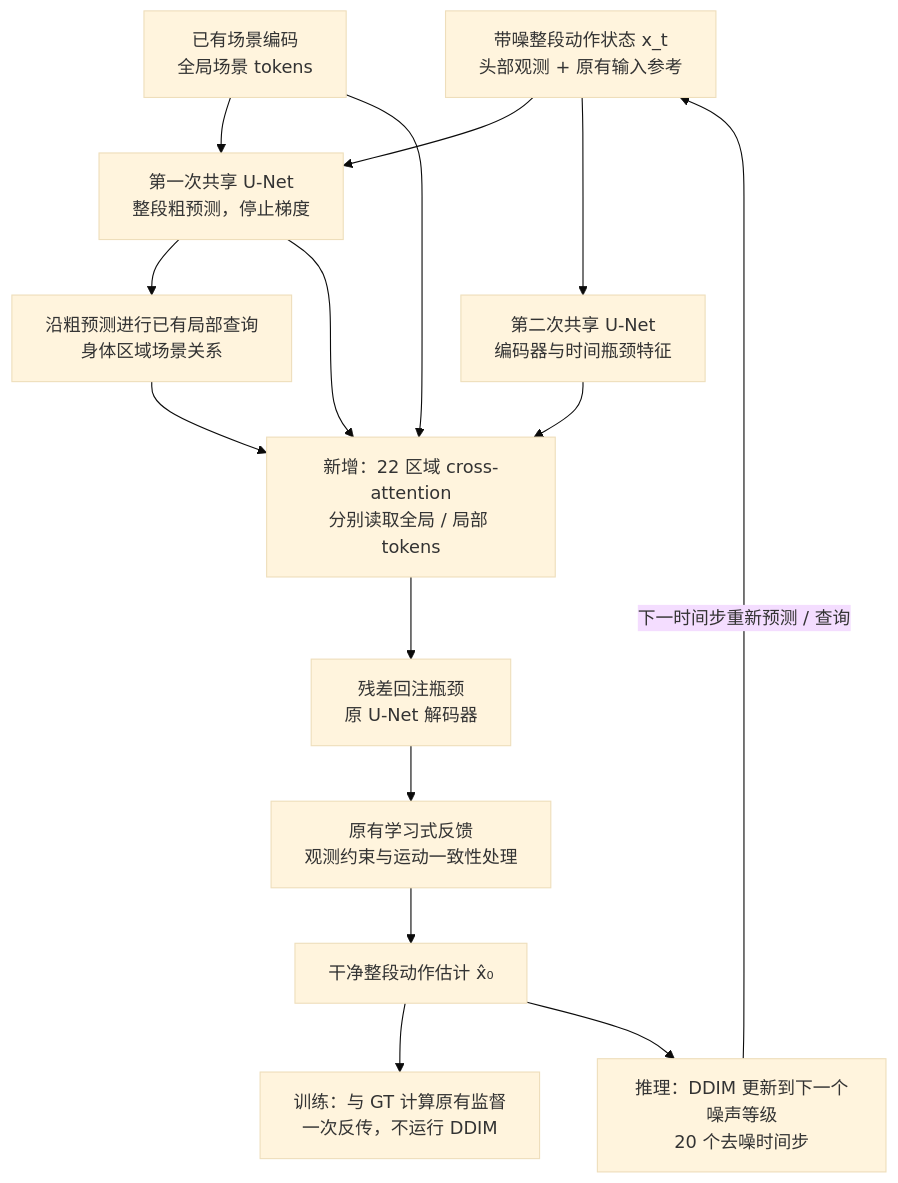
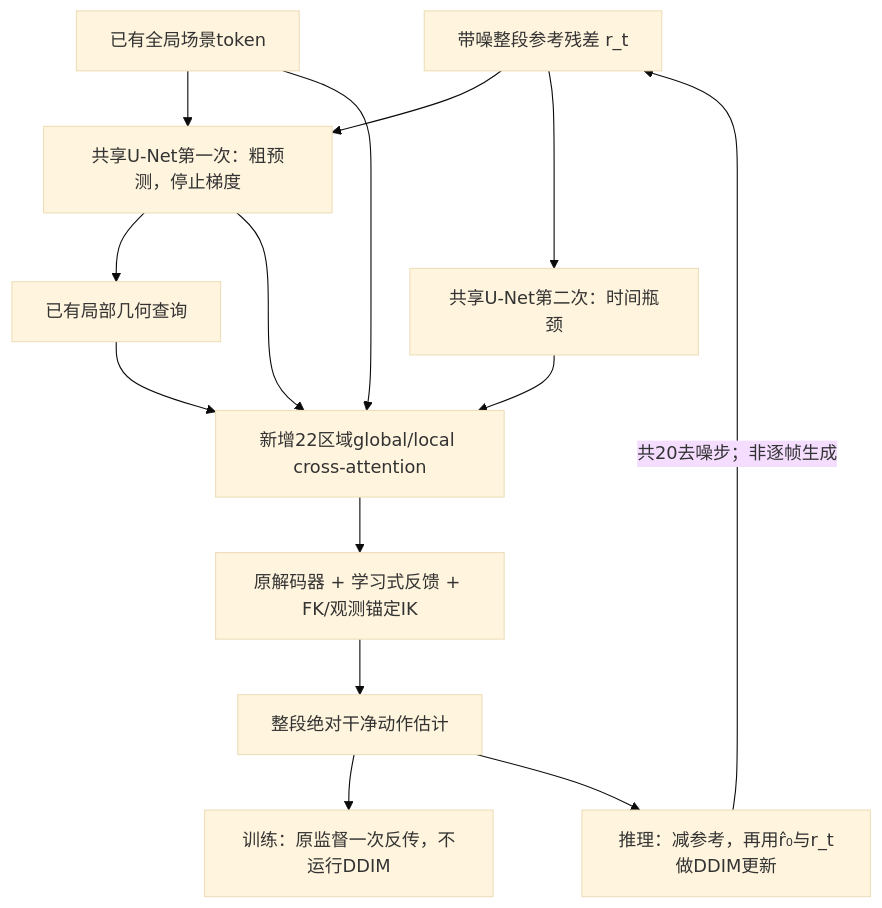
One commit to Wendy-xinn/SceneMI changed the diagram in experiments/offline_camera_retrain_v1/runs/native30_ego_scene_fusion_v2/REPORT_zh.md. Above: the diagram before and after it, drawn with Mermaid (base theme). The commit also changed other lines of this file and 64 other files, not shown here.

````diff
--- a/experiments/offline_camera_retrain_v1/runs/native30_ego_scene_fusion_v2/REPORT_zh.md
+++ b/experiments/offline_camera_retrain_v1/runs/native30_ego_scene_fusion_v2/REPORT_zh.md
@@ -9,17 +101,16 @@
 ```mermaid
 flowchart TD
-    X["带噪整段动作状态 x_t<br/>头部观测 + 原有输入参考"] --> P["第一次共享 U-Net<br/>整段粗预测，停止梯度"]
-    G["已有场景编码<br/>全局场景 tokens"] --> P
-    P --> L["沿粗预测进行已有局部查询<br/>身体区域场景关系"]
-    X --> U["第二次共享 U-Net<br/>编码器与时间瓶颈特征"]
-    P --> A["新增：22 区域 cross-attention<br/>分别读取全局 / 局部 tokens"]
+    X["带噪整段参考残差 r_t"] --> P["共享U-Net第一次：粗预测，停止梯度"]
+    G["已有全局场景token"] --> P
+    P --> L["已有局部几何查询"]
+    X --> U["共享U-Net第二次：时间瓶颈"]
+    P --> A["新增22区域global/local cross-attention"]
     G --> A
     L --> A
     U --> A
-    A --> D["残差回注瓶颈<br/>原 U-Net 解码器"]
-    D --> C["原有学习式反馈<br/>观测约束与运动一致性处理"]
-    C --> O["干净整段动作估计 x̂₀"]
-    O --> T["训练：与 GT 计算原有监督<br/>一次反传，不运行 DDIM"]
-    O --> I["推理：DDIM 更新到下一个噪声等级<br/>20 个去噪时间步"]
-    I -->|"下一时间步重新预测 / 查询"| X
+    A --> D["原解码器 + 学习式反馈 + FK/观测锚定IK"]
+    D --> O["整段绝对干净动作估计"]
+    O --> T["训练：原监督一次反传，不运行DDIM"]
+    O --> R["推理：减参考，再用r̂₀与r_t做DDIM更新"]
+    R -->|"共20去噪步；非逐帧生成"| X
 ```
````
